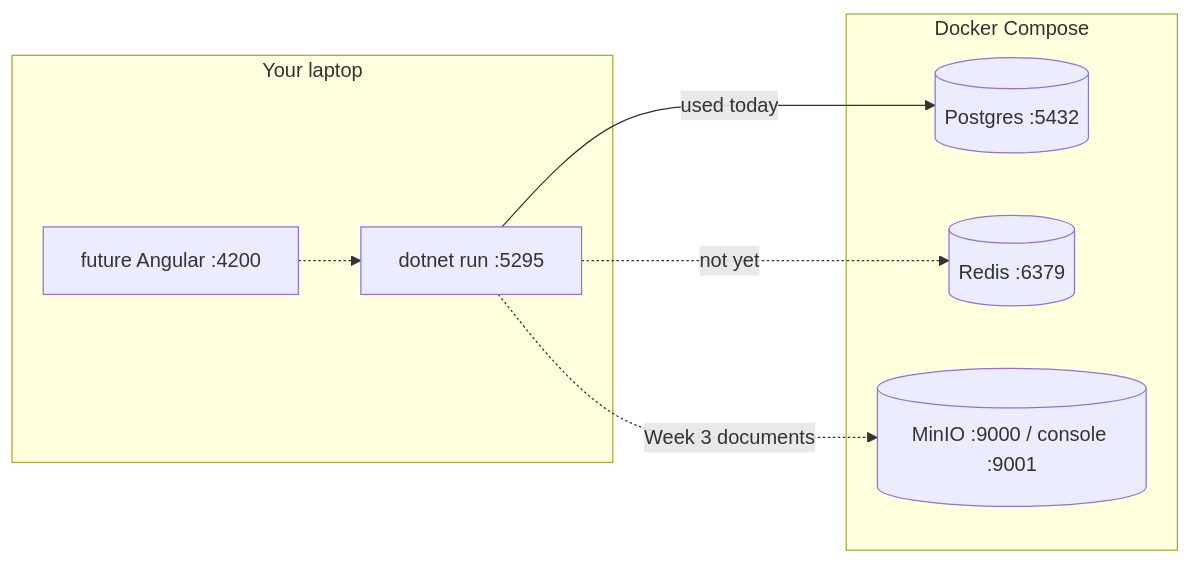
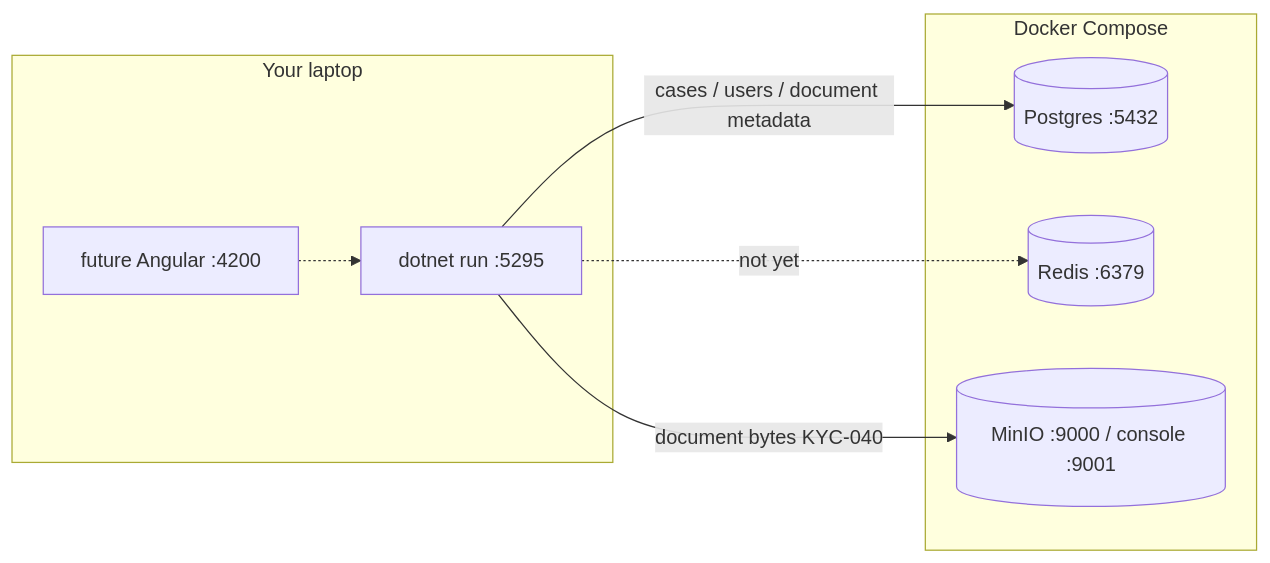
Before and after one commit to SDS37/kyc-multi-frontend: the diagram in infrastructure/README.STUDY.md, drawn with Mermaid. The commit also changed other lines of this file and 41 other files, not shown here.

First line of the commit message:
feat(api): KYC-040 Upload document (#82)

````diff
--- a/infrastructure/README.STUDY.md
+++ b/infrastructure/README.STUDY.md
@@ -27,16 +27,16 @@
 ```mermaid
 flowchart LR
     subgraph host ["Your laptop"]
         API["dotnet run :5295"]
         UI["future Angular :4200"]
     end
     subgraph compose ["Docker Compose"]
         PG[(Postgres :5432)]
         RD[(Redis :6379)]
         MN[(MinIO :9000 / console :9001)]
     end
-    API -->|"used today"| PG
+    API -->|"cases / users / document metadata"| PG
+    API -->|"document bytes KYC-040"| MN
     API -.->|"not yet"| RD
-    API -.->|"Week 3 documents"| MN
     UI -.-> API
 ```
````
